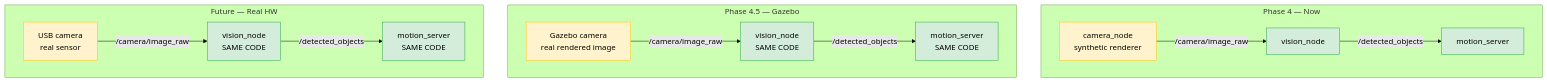
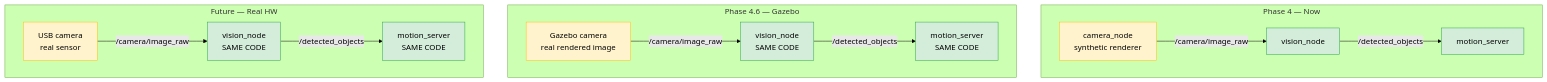
The second of 3 diagrams in doc/camera_vision.md (daniel-iacob/ros2_robotic_arm), drawn with Mermaid (forest theme) before and after one commit. The commit also changed other lines of this file and 26 other files, not shown here.

````diff
--- a/doc/camera_vision.md
+++ b/doc/camera_vision.md
@@ -52,26 +52,26 @@
 ```mermaid
 flowchart TD
     classDef swap fill:#fff3cd,stroke:#ffc107,color:#000
     classDef keep fill:#d4edda,stroke:#28a745,color:#000
 
     subgraph now["Phase 4 — Now"]
         A1["camera_node\nsynthetic renderer"]:::swap
         A1 -->|/camera/image_raw| B1
         B1["vision_node"]:::keep
         B1 -->|/detected_objects| C1["motion_server"]:::keep
     end
 
-    subgraph later["Phase 4.5 — Gazebo"]
+    subgraph later["Phase 4.6 — Gazebo"]
         A2["Gazebo camera\nreal rendered image"]:::swap
         A2 -->|/camera/image_raw| B2
         B2["vision_node\nSAME CODE"]:::keep
         B2 -->|/detected_objects| C2["motion_server\nSAME CODE"]:::keep
     end
 
     subgraph hw["Future — Real HW"]
         A3["USB camera\nreal sensor"]:::swap
         A3 -->|/camera/image_raw| B3
         B3["vision_node\nSAME CODE"]:::keep
         B3 -->|/detected_objects| C3["motion_server\nSAME CODE"]:::keep
     end
 ```
````
